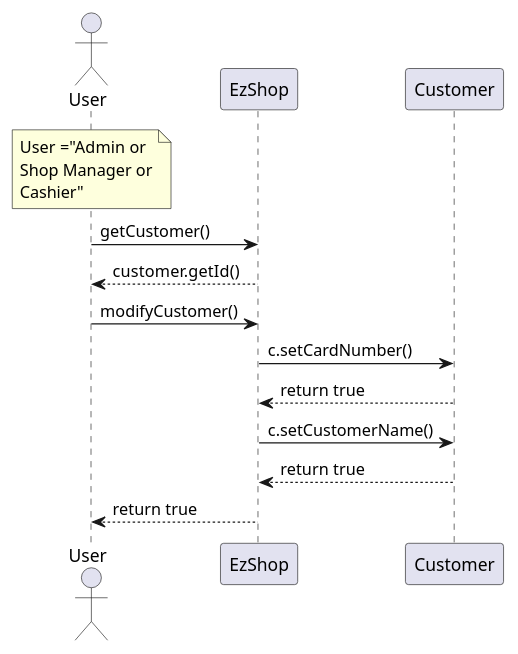
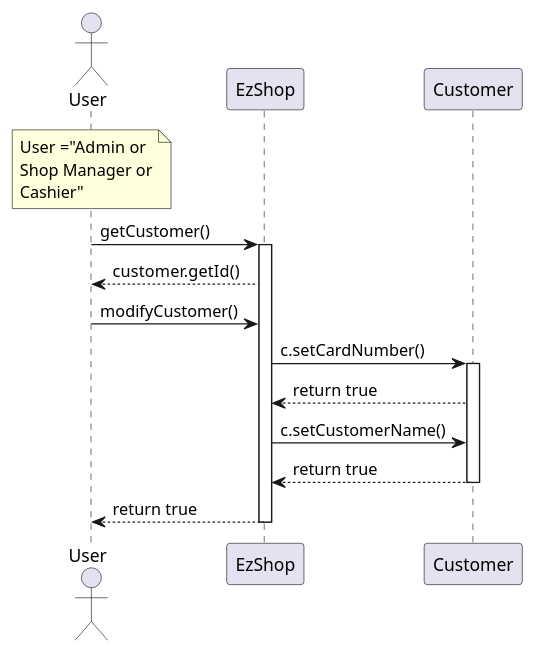
Before and after one commit to paocela/EzShop: diagram 16 of 30 in Deliverables/DesignDocument.md, drawn with PlantUML. The commit also changed other lines of this file, not shown here.

Commit message:
activate/deactivate added to sequence diagrams, typos fixed

````diff
--- a/Deliverables/DesignDocument.md
+++ b/Deliverables/DesignDocument.md
@@ -483,14 +522,18 @@
 ```plantuml
 
 actor User
 note over User: User ="Admin or\nShop Manager or\nCashier"
 User -> EzShop : getCustomer()
+activate EzShop
 User <-- EzShop : customer.getId()
 User -> EzShop : modifyCustomer()
 EzShop -> Customer : c.setCardNumber()
+activate Customer
 EzShop <-- Customer : return true
 EzShop -> Customer : c.setCustomerName()
 EzShop <-- Customer : return true
+deactivate Customer
 User <-- EzShop : return true
+deactivate EzShop
 
 ```
````
